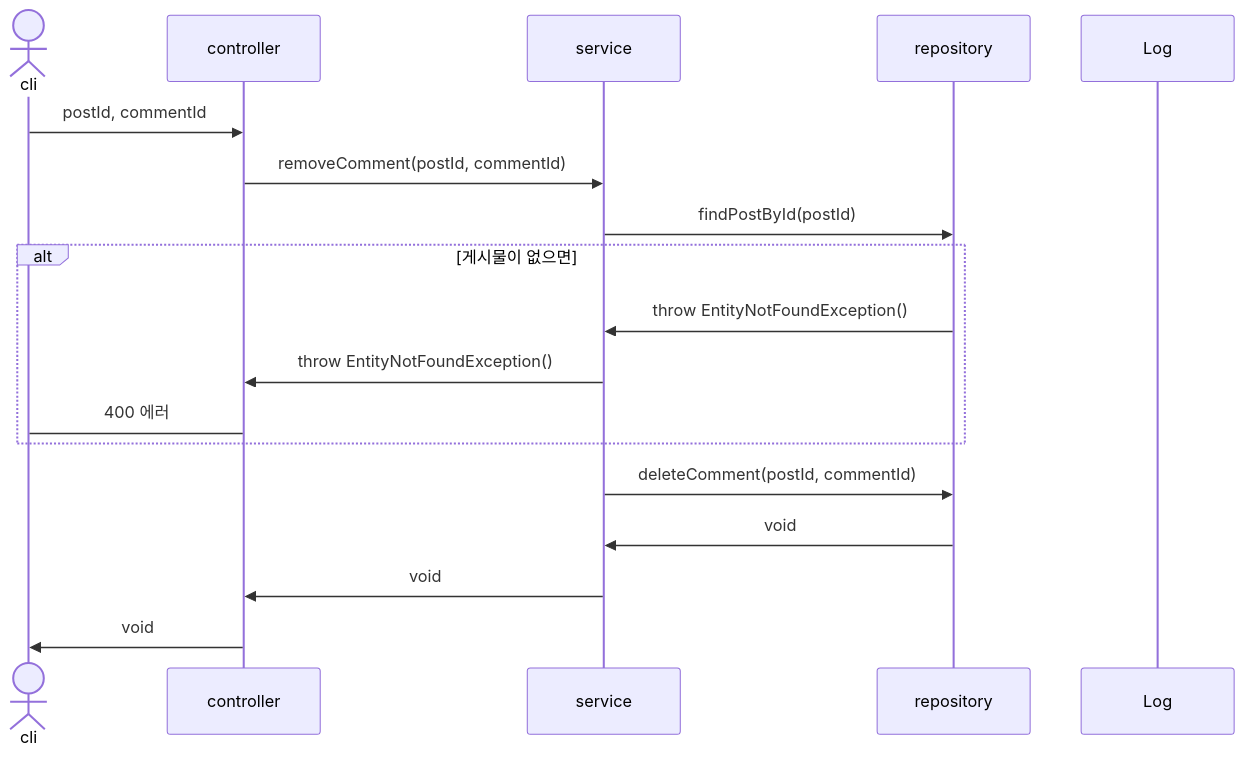
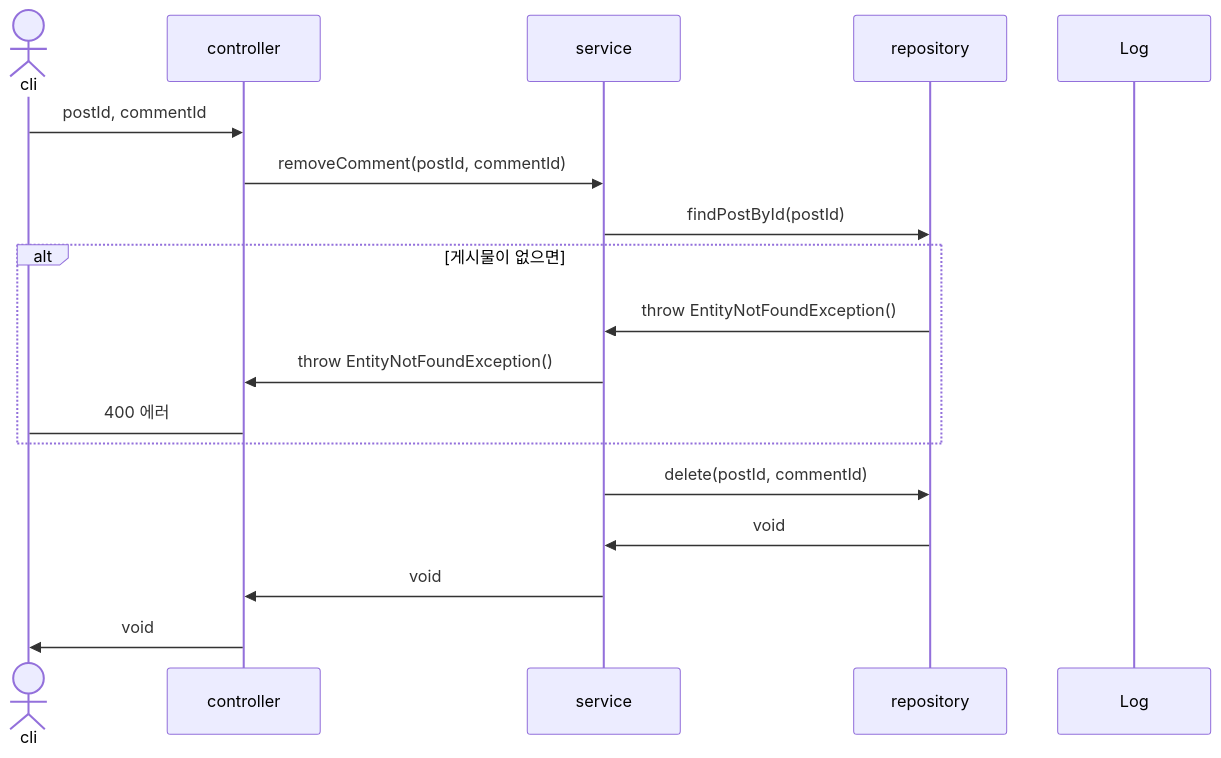
One commit to mtak0235/snsX changed diagram 20 of 28 in sequence.md. Above: the diagram before and after it, drawn with Mermaid.

Commit message:
update deleteComment sequence diagram

````diff
--- a/sequence.md
+++ b/sequence.md
@@ -422,21 +422,21 @@
 ```mermaid
 sequenceDiagram
 actor cli
 participant c as controller
 participant s as service
 participant r as repository
 participant l as Log
 
 cli->>c: postId, commentId
 c->>s: removeComment(postId, commentId)
 s->>r: findPostById(postId)
 alt 게시물이 없으면
 r->>s: throw EntityNotFoundException()
 s->>c: throw EntityNotFoundException()
 c->cli: 400 에러
 end
-s->>r: deleteComment(postId, commentId)
+s->>r: delete(postId, commentId)
 r->>s: void
 s->>c: void
 c->>cli: void
 ```
````
